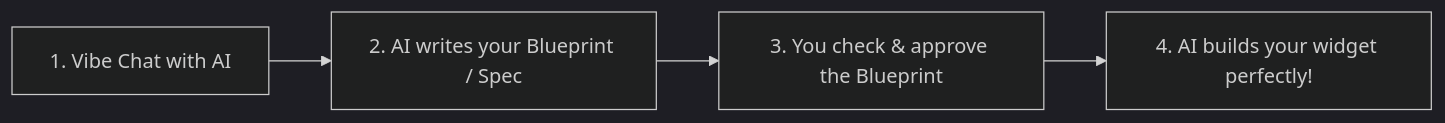
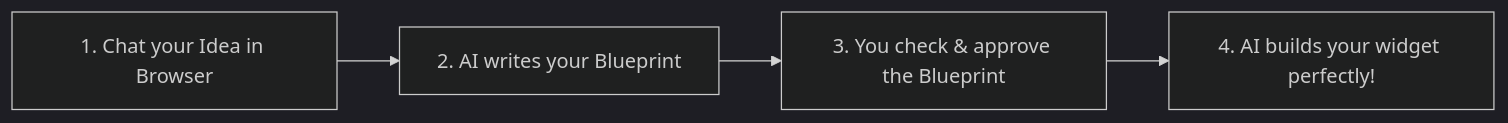
One commit to Swensation/swentonelli changed the diagram in docs/KIDS_PROMPTING_GUIDE.md. Above: the diagram before and after it, drawn with Mermaid (dark theme). The commit also changed other lines of this file and 57 other files, not shown here.

````diff
--- a/docs/KIDS_PROMPTING_GUIDE.md
+++ b/docs/KIDS_PROMPTING_GUIDE.md
@@ -10,6 +12,6 @@
 ```mermaid
 graph LR
-    A[1. Vibe Chat with AI] --> B[2. AI writes your Blueprint / Spec]
+    A[1. Chat your Idea in Browser] --> B[2. AI writes your Blueprint]
     B --> C[3. You check & approve the Blueprint]
     C --> D[4. AI builds your widget perfectly!]
 ```
````
